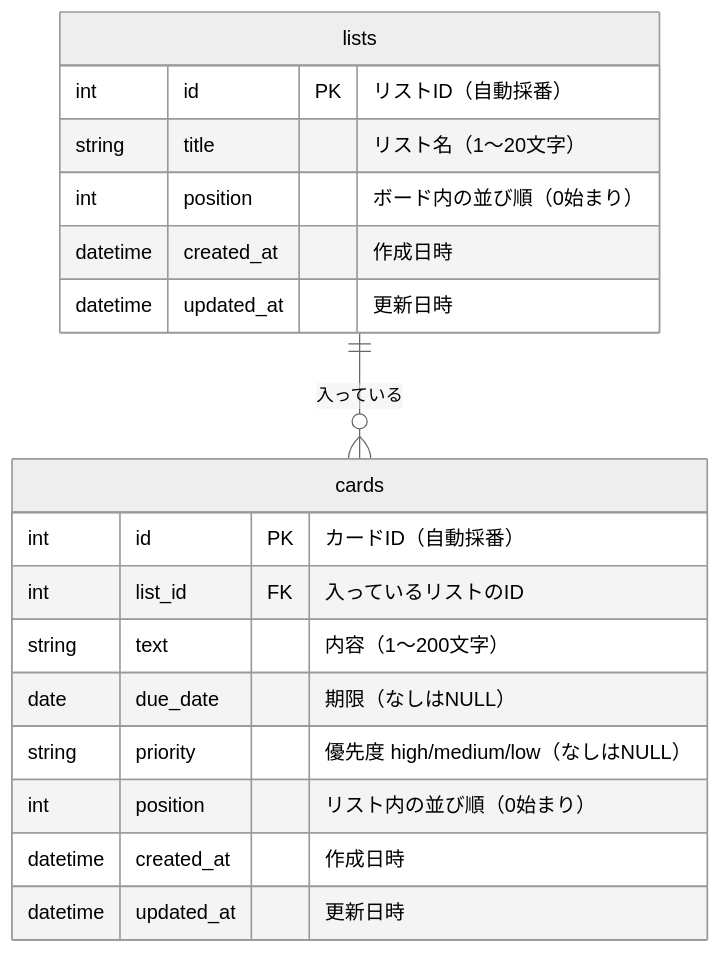
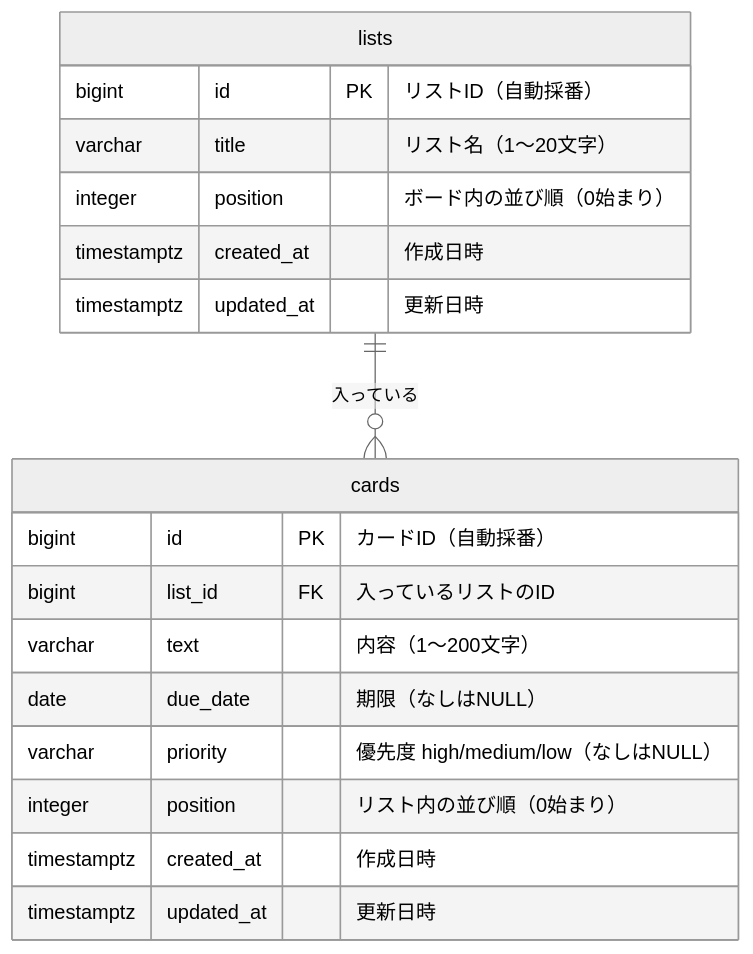
Before and after one commit to nozomi-jp/task-app: the diagram in docs/requirements/04-system-design.md, drawn with Mermaid (neutral theme). The commit also changed other lines of this file and 7 other files, not shown here.

````diff
--- a/docs/requirements/04-system-design.md
+++ b/docs/requirements/04-system-design.md
@@ -78,21 +47,21 @@
 ```mermaid
 erDiagram
     lists ||--o{ cards : "入っている"
     lists {
-        int id PK "リストID（自動採番）"
-        string title "リスト名（1〜20文字）"
-        int position "ボード内の並び順（0始まり）"
-        datetime created_at "作成日時"
-        datetime updated_at "更新日時"
+        bigint id PK "リストID（自動採番）"
+        varchar title "リスト名（1〜20文字）"
+        integer position "ボード内の並び順（0始まり）"
+        timestamptz created_at "作成日時"
+        timestamptz updated_at "更新日時"
     }
     cards {
-        int id PK "カードID（自動採番）"
-        int list_id FK "入っているリストのID"
-        string text "内容（1〜200文字）"
+        bigint id PK "カードID（自動採番）"
+        bigint list_id FK "入っているリストのID"
+        varchar text "内容（1〜200文字）"
         date due_date "期限（なしはNULL）"
-        string priority "優先度 high/medium/low（なしはNULL）"
-        int position "リスト内の並び順（0始まり）"
-        datetime created_at "作成日時"
-        datetime updated_at "更新日時"
+        varchar priority "優先度 high/medium/low（なしはNULL）"
+        integer position "リスト内の並び順（0始まり）"
+        timestamptz created_at "作成日時"
+        timestamptz updated_at "更新日時"
     }
 ```
````
